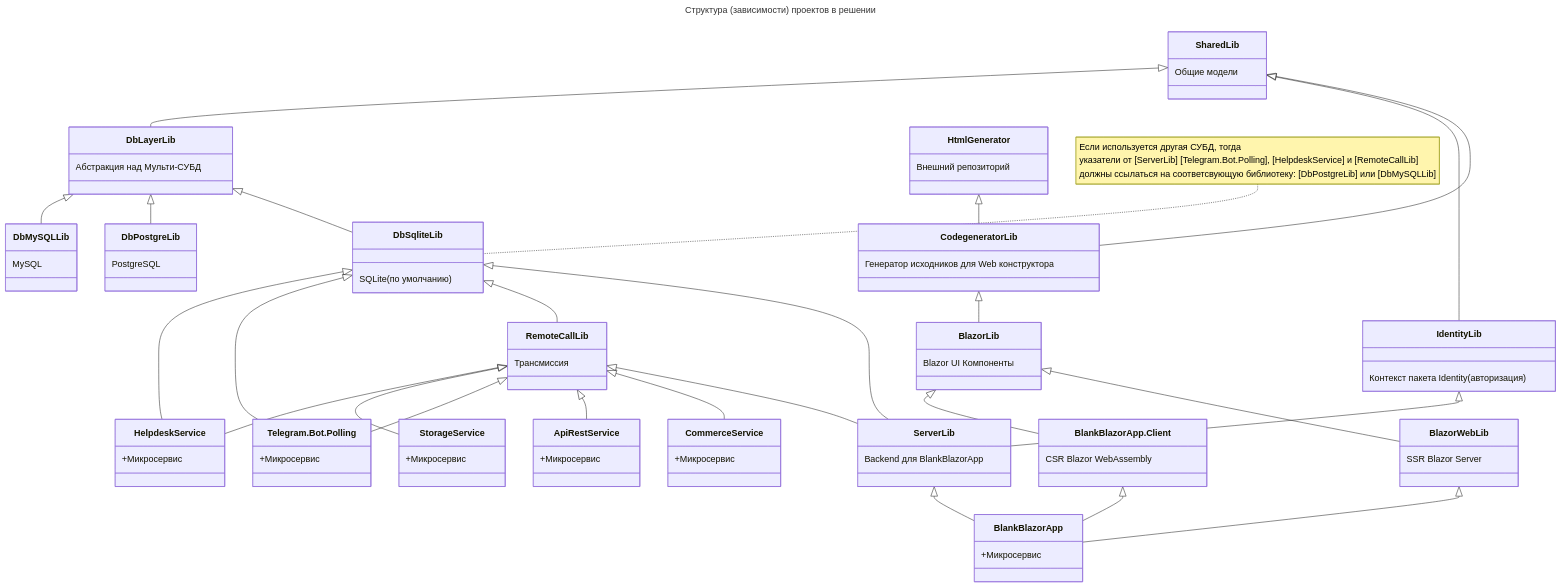
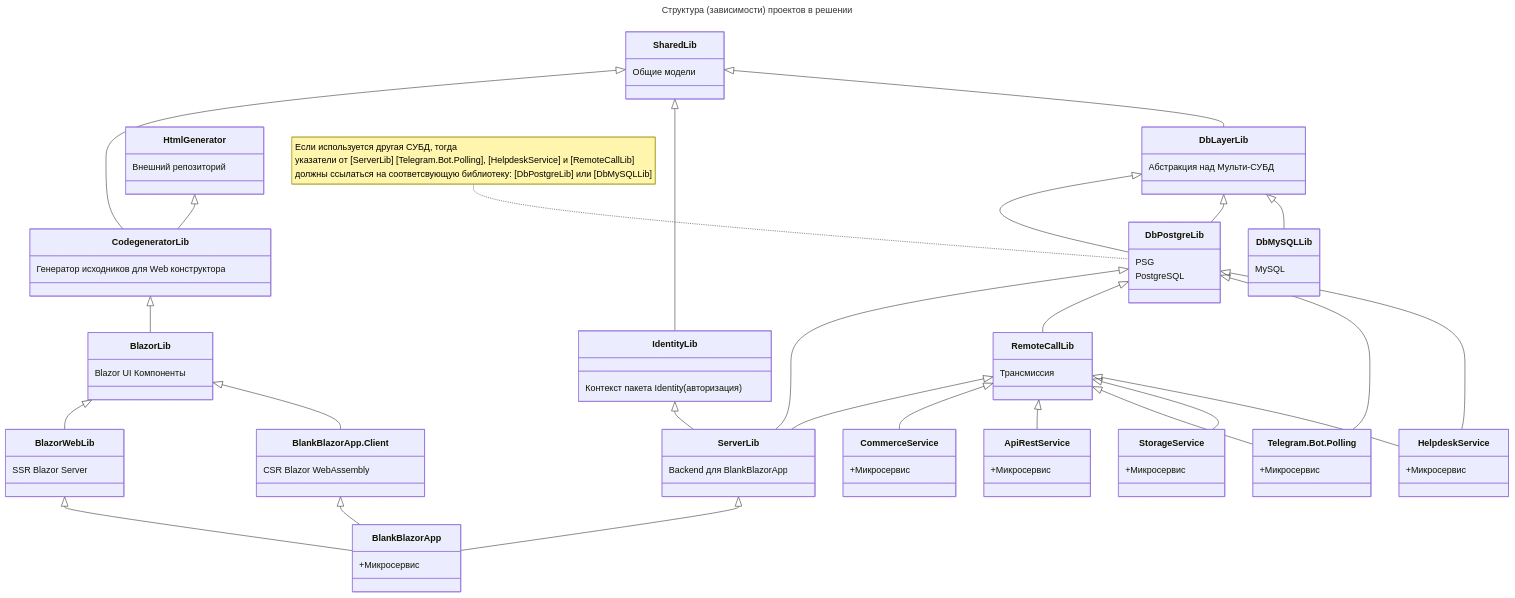
The diagram in README.md (badhitman/DesignerApp), drawn with Mermaid before and after one commit. The commit also changed other lines of this file and 17 other files, not shown here.

```diff
--- a/README.md
+++ b/README.md
@@ -21,7 +15,7 @@
 title: Структура (зависимости) проектов в решении
 ---
 classDiagram
-note for DbSqliteLib "Если используется другая СУБД, тогда
+note for DbPostgreLib "Если используется другая СУБД, тогда
 указатели  от [ServerLib] [Telegram.Bot.Polling], [HelpdeskService] и [RemoteCallLib]
 должны ссылаться на соответсвующую библиотеку: [DbPostgreLib] или [DbMySQLLib]"
     SharedLib <|-- CodegeneratorLib
@@ -29,24 +23,24 @@
     SharedLib <|-- DbLayerLib
     SharedLib : Общие модели
     IdentityLib <|-- ServerLib
-    DbSqliteLib <|-- ServerLib
+    DbPostgreLib <|-- ServerLib
     RemoteCallLib <|-- ServerLib
     RemoteCallLib <|-- CommerceService
     RemoteCallLib <|-- ApiRestService
     CodegeneratorLib <|-- BlazorLib
     HtmlGenerator <|-- CodegeneratorLib
-    DbLayerLib <|-- DbSqliteLib
+    DbLayerLib <|-- DbPostgreLib
     DbLayerLib <|-- DbPostgreLib
     DbLayerLib <|-- DbMySQLLib
-	DbSqliteLib <|-- RemoteCallLib
+	DbPostgreLib <|-- RemoteCallLib
     BlankBlazorApp_Client  <|-- BlankBlazorApp
 	BlazorWebLib  <|-- BlankBlazorApp
 	ServerLib  <|-- BlankBlazorApp
     RemoteCallLib <|-- Telegram_Bot_Polling
-	DbSqliteLib <|-- Telegram_Bot_Polling
+	DbPostgreLib <|-- Telegram_Bot_Polling
     RemoteCallLib <|-- StorageService
     RemoteCallLib <|-- HelpdeskService
-	DbSqliteLib <|-- HelpdeskService
+	DbPostgreLib <|-- HelpdeskService
     BlazorLib <|-- BlazorWebLib
     BlazorLib <|-- BlankBlazorApp_Client
     	
@@ -65,8 +59,8 @@
     class BlazorLib{
         Blazor UI Компоненты
     }
-    class DbSqliteLib{
-        SQLite (по умолчанию)
+    class DbPostgreLib{
+        PSG
     }
     class DbPostgreLib{
         PostgreSQL
```
